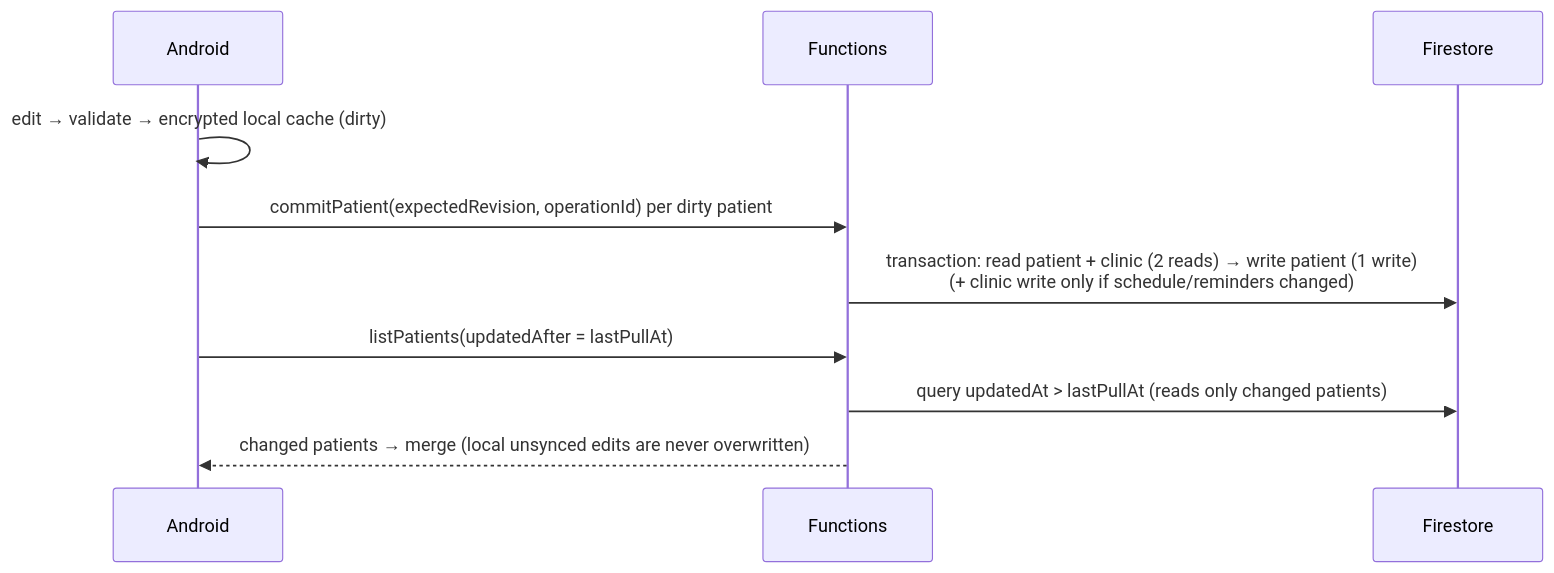
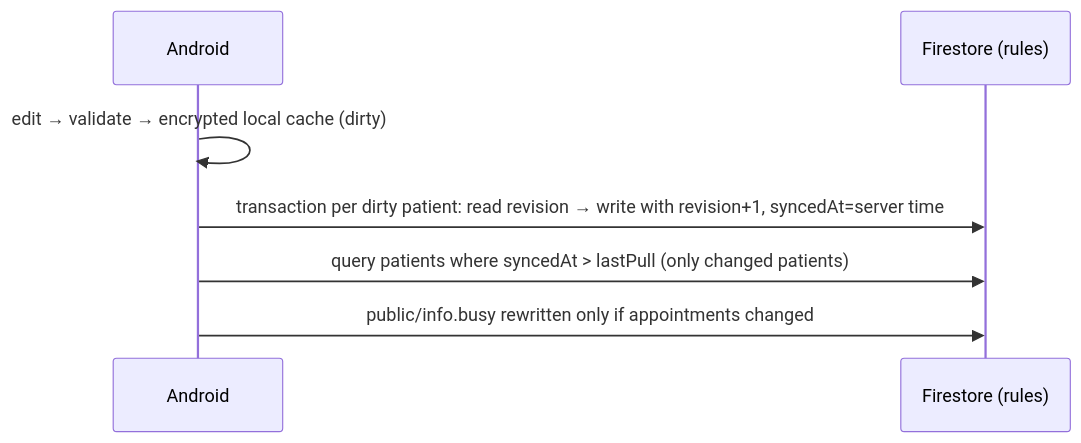
One commit to arifincsebuet/Dental changed the fifth of 6 diagrams in Docs/firebase_architecture.md. Above: the diagram before and after it, drawn with Mermaid. The commit also changed other lines of this file and 30 other files, not shown here.

First line of the commit message:
Remove Cloud Functions: direct Firestore access secured by rules, App Check

````diff
--- a/Docs/firebase_architecture.md
+++ b/Docs/firebase_architecture.md
@@ -139,12 +135,9 @@
 ```mermaid
 sequenceDiagram
   participant A as Android
-  participant F as Functions
-  participant DB as Firestore
+  participant DB as Firestore (rules)
   A->>A: edit → validate → encrypted local cache (dirty)
-  A->>F: commitPatient(expectedRevision, operationId) per dirty patient
-  F->>DB: transaction: read patient + clinic (2 reads) → write patient (1 write)<br/>(+ clinic write only if schedule/reminders changed)
-  A->>F: listPatients(updatedAfter = lastPullAt)
-  F->>DB: query updatedAt > lastPullAt (reads only changed patients)
-  F-->>A: changed patients → merge (local unsynced edits are never overwritten)
+  A->>DB: transaction per dirty patient: read revision → write with revision+1, syncedAt=server time
+  A->>DB: query patients where syncedAt > lastPull (only changed patients)
+  A->>DB: public/info.busy rewritten only if appointments changed
 ```
````
